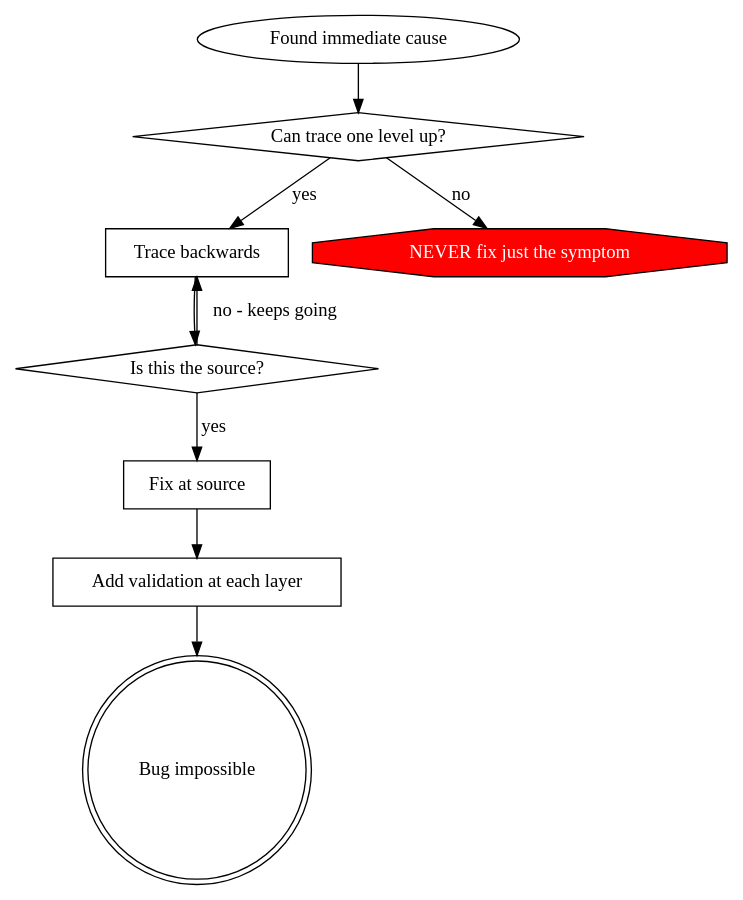
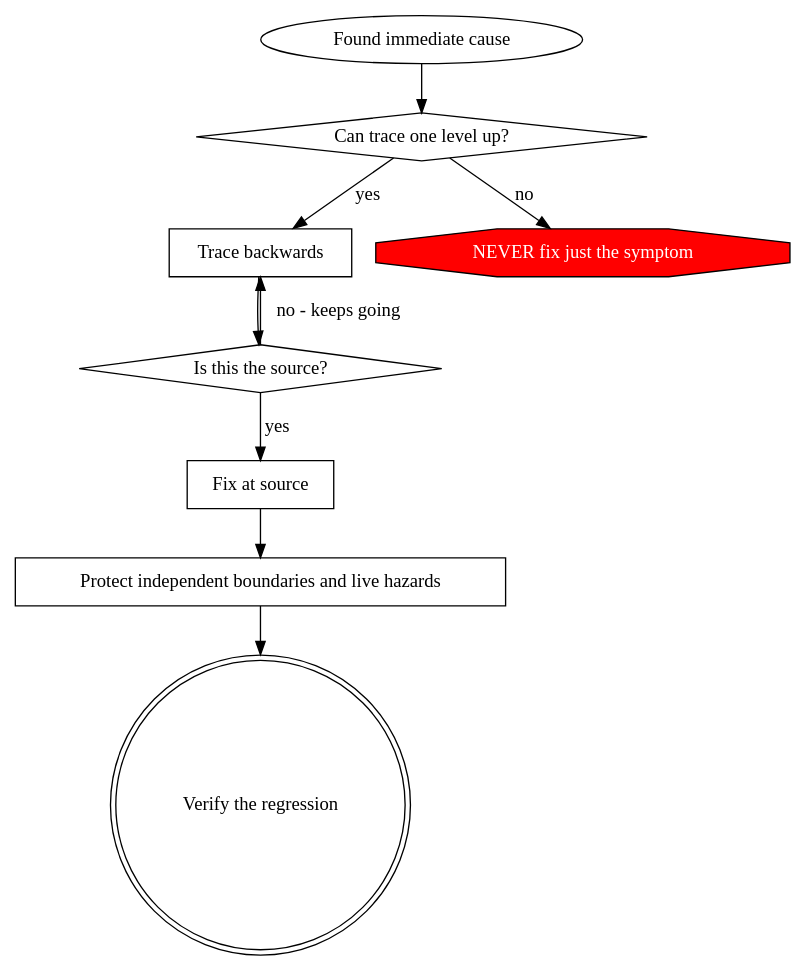
The second of 2 diagrams in skills/systematic-debugging/root-cause-tracing.md (j10t-dev/1337-skills), drawn with Graphviz before and after one commit. The commit also changed other lines of this file and 20 other files, not shown here.

````diff
--- a/skills/systematic-debugging/root-cause-tracing.md
+++ b/skills/systematic-debugging/root-cause-tracing.md
@@ -132,21 +132,21 @@
 ```dot
 digraph principle {
     "Found immediate cause" [shape=ellipse];
     "Can trace one level up?" [shape=diamond];
     "Trace backwards" [shape=box];
     "Is this the source?" [shape=diamond];
     "Fix at source" [shape=box];
-    "Add validation at each layer" [shape=box];
-    "Bug impossible" [shape=doublecircle];
+    "Protect independent boundaries and live hazards" [shape=box];
+    "Verify the regression" [shape=doublecircle];
     "NEVER fix just the symptom" [shape=octagon, style=filled, fillcolor=red, fontcolor=white];
 
     "Found immediate cause" -> "Can trace one level up?";
     "Can trace one level up?" -> "Trace backwards" [label="yes"];
     "Can trace one level up?" -> "NEVER fix just the symptom" [label="no"];
     "Trace backwards" -> "Is this the source?";
     "Is this the source?" -> "Trace backwards" [label="no - keeps going"];
     "Is this the source?" -> "Fix at source" [label="yes"];
-    "Fix at source" -> "Add validation at each layer";
-    "Add validation at each layer" -> "Bug impossible";
+    "Fix at source" -> "Protect independent boundaries and live hazards";
+    "Protect independent boundaries and live hazards" -> "Verify the regression";
 }
 ```
````
